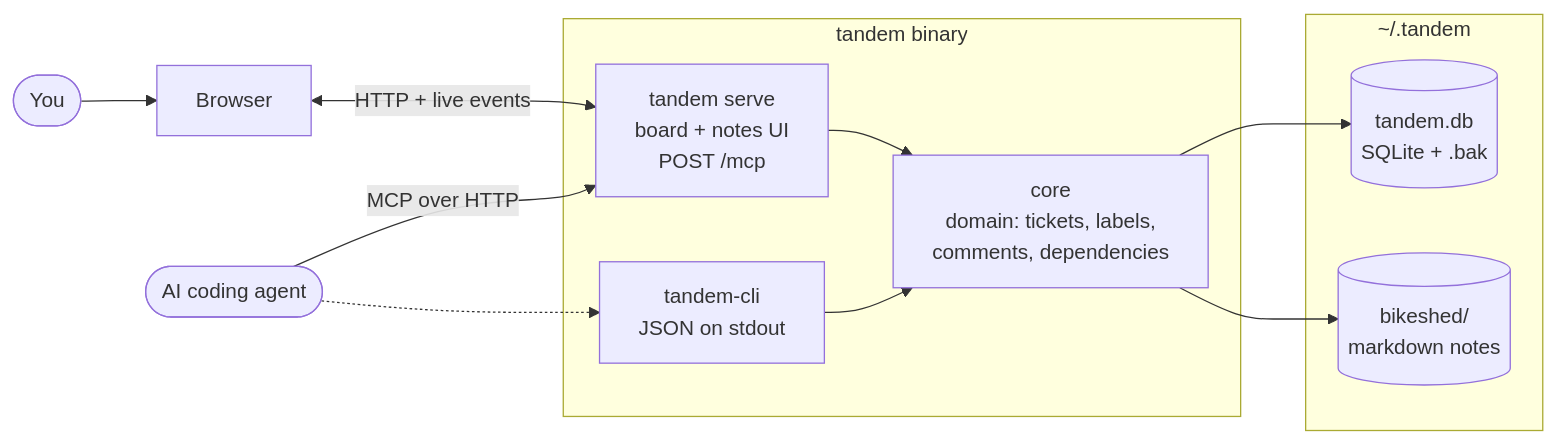
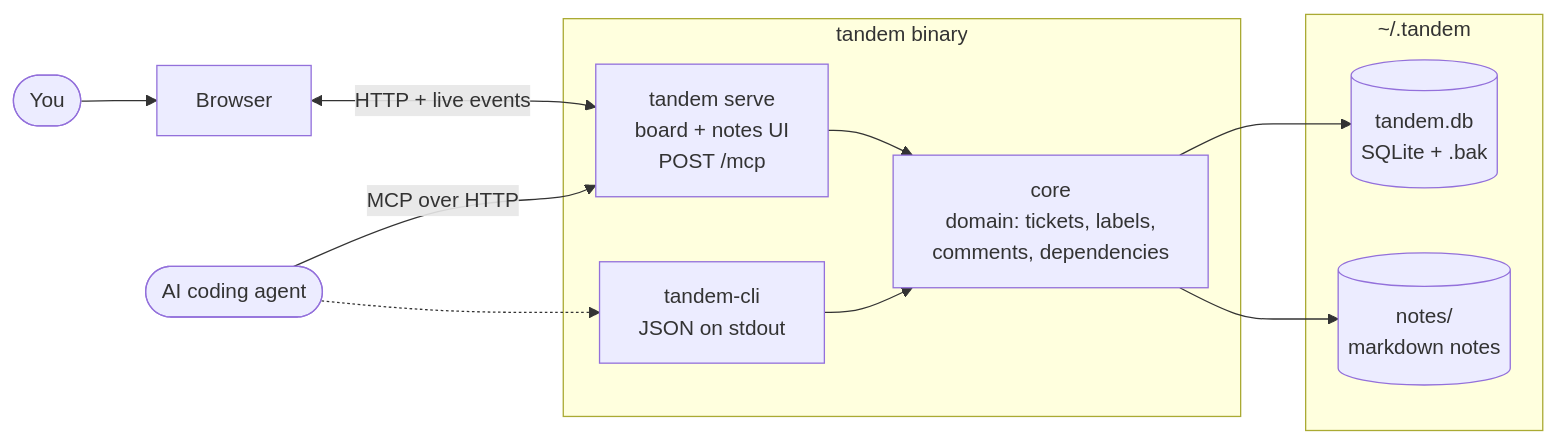
Before and after one commit to gianniacquisto/tandem: the diagram in docs/architecture.md, drawn with Mermaid. The commit also changed other lines of this file and 89 other files, not shown here.

Commit message:
TAN-862: rename the bikeshed paths, export entry and doctor check to notes, with a migration

````diff
--- a/docs/architecture.md
+++ b/docs/architecture.md
@@ -5,25 +5,25 @@
 ```mermaid
 flowchart LR
     You([You]) --> Browser[Browser]
     Agent([AI coding agent])
 
     subgraph bin [tandem binary]
         Serve["tandem serve<br/>board + notes UI<br/>POST /mcp"]
         CLI["tandem-cli<br/>JSON on stdout"]
         Core["core<br/>domain: tickets, labels,<br/>comments, dependencies"]
         Serve --> Core
         CLI --> Core
     end
 
     Browser <-- "HTTP + live events" --> Serve
     Agent -- "MCP over HTTP" --> Serve
     Agent -.-> CLI
 
     subgraph home ["~/.tandem"]
         DB[("tandem.db<br/>SQLite + .bak")]
-        Notes[("bikeshed/<br/>markdown notes")]
+        Notes[("notes/<br/>markdown notes")]
     end
 
     Core --> DB
     Core --> Notes
 ```
````
